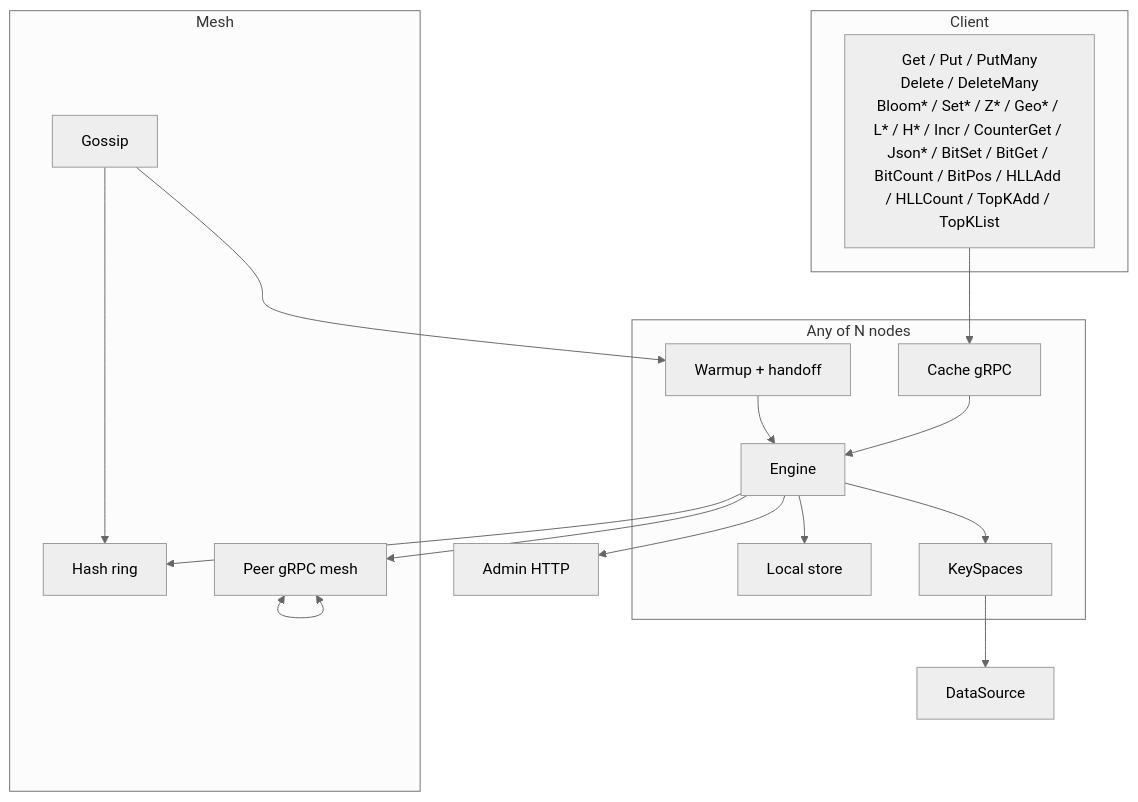
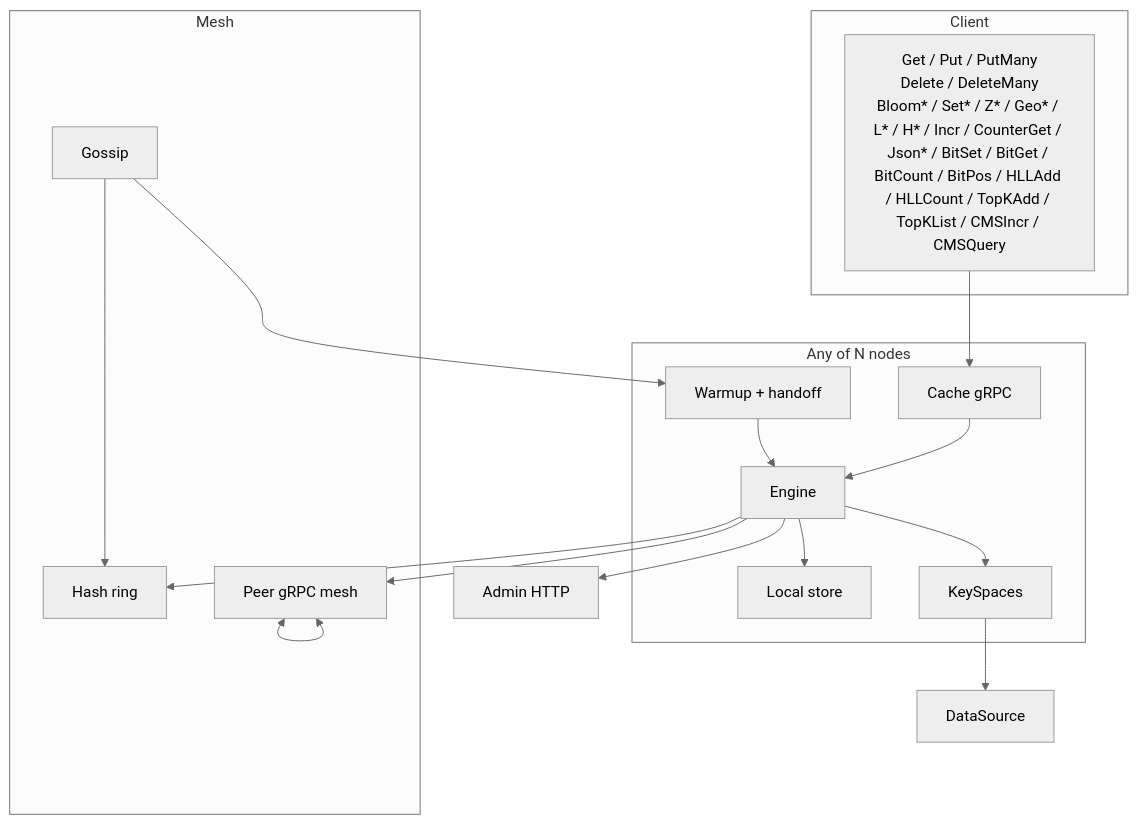
Before and after one commit to Code0987/supercache: diagram 16 of 18 in docs/CLUSTER_FLOWS.md, drawn with Mermaid (neutral theme). The commit also changed other lines of this file and 43 other files, not shown here.

````diff
--- a/docs/CLUSTER_FLOWS.md
+++ b/docs/CLUSTER_FLOWS.md
@@ -350,34 +351,34 @@
 ```mermaid
 flowchart TB
   subgraph Client
-    OPS["Get / Put / PutMany<br/>Delete / DeleteMany<br/>Bloom* / Set* / Z* / Geo* / L* / H* / Incr / CounterGet / Json* / BitSet / BitGet / BitCount / BitPos / HLLAdd / HLLCount / TopKAdd / TopKList"]
+    OPS["Get / Put / PutMany<br/>Delete / DeleteMany<br/>Bloom* / Set* / Z* / Geo* / L* / H* / Incr / CounterGet / Json* / BitSet / BitGet / BitCount / BitPos / HLLAdd / HLLCount / TopKAdd / TopKList / CMSIncr / CMSQuery"]
   end
 
   subgraph Node["Any of N nodes"]
     CG["Cache gRPC"]
     EN["Engine"]
     ST["Local store"]
     KS["KeySpaces"]
     WM["Warmup + handoff"]
   end
 
   subgraph Mesh
     RING["Hash ring"]
     PG["Peer gRPC mesh"]
     GOS["Gossip"]
   end
 
   DS["DataSource"]
   ADM["Admin HTTP"]
 
   OPS --> CG --> EN
   EN --> ST
   EN --> KS
   EN --> RING
   EN --> PG
   KS --> DS
   GOS --> RING
   GOS --> WM --> EN
   EN --> ADM
   PG <--> PG
 ```
````
